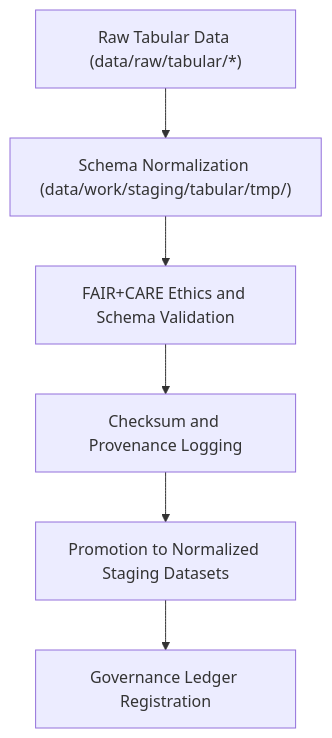
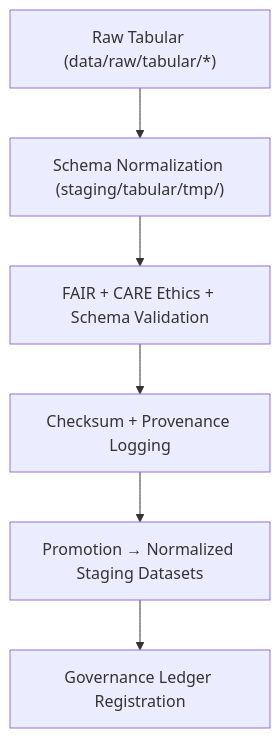
One commit to bartytime4life/Kansas-Frontier-Matrix changed the diagram in data/work/staging/tabular/README.md. Above: the diagram before and after it, drawn with Mermaid. The commit also changed other lines of this file, not shown here.

````diff
--- a/data/work/staging/tabular/README.md
+++ b/data/work/staging/tabular/README.md
@@ -73,8 +73,8 @@
 ```mermaid
 flowchart TD
-    A["Raw Tabular Data (data/raw/tabular/*)"] --> B["Schema Normalization (data/work/staging/tabular/tmp/)"]
-    B --> C["FAIR+CARE Ethics and Schema Validation"]
-    C --> D["Checksum and Provenance Logging"]
-    D --> E["Promotion to Normalized Staging Datasets"]
+    A["Raw Tabular (data/raw/tabular/*)"] --> B["Schema Normalization (staging/tabular/tmp/)"]
+    B --> C["FAIR + CARE Ethics + Schema Validation"]
+    C --> D["Checksum + Provenance Logging"]
+    D --> E["Promotion → Normalized Staging Datasets"]
     E --> F["Governance Ledger Registration"]
 ```
````
